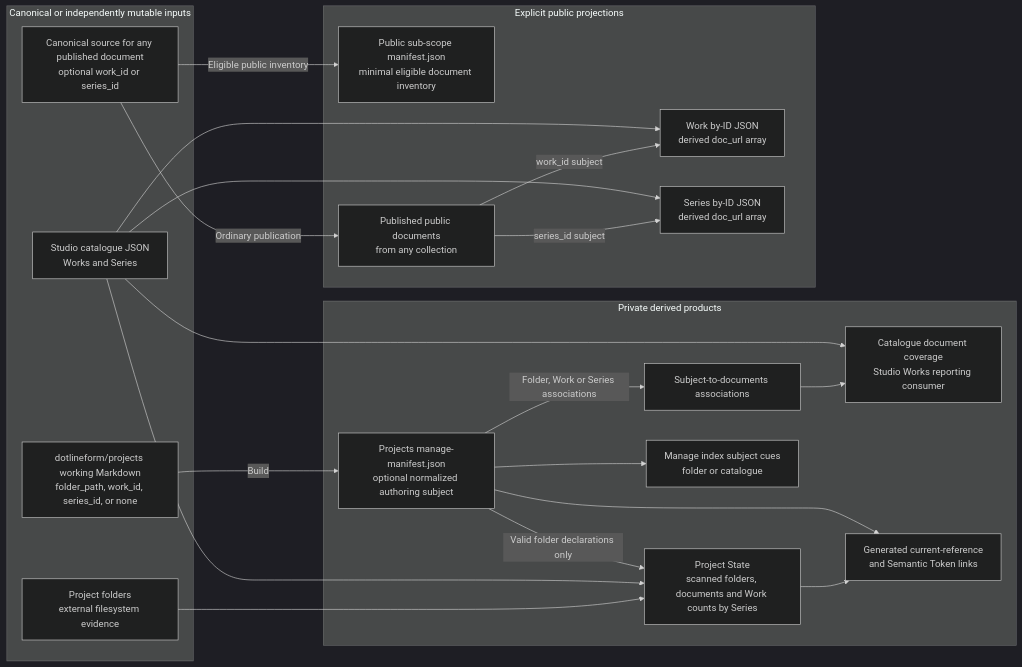
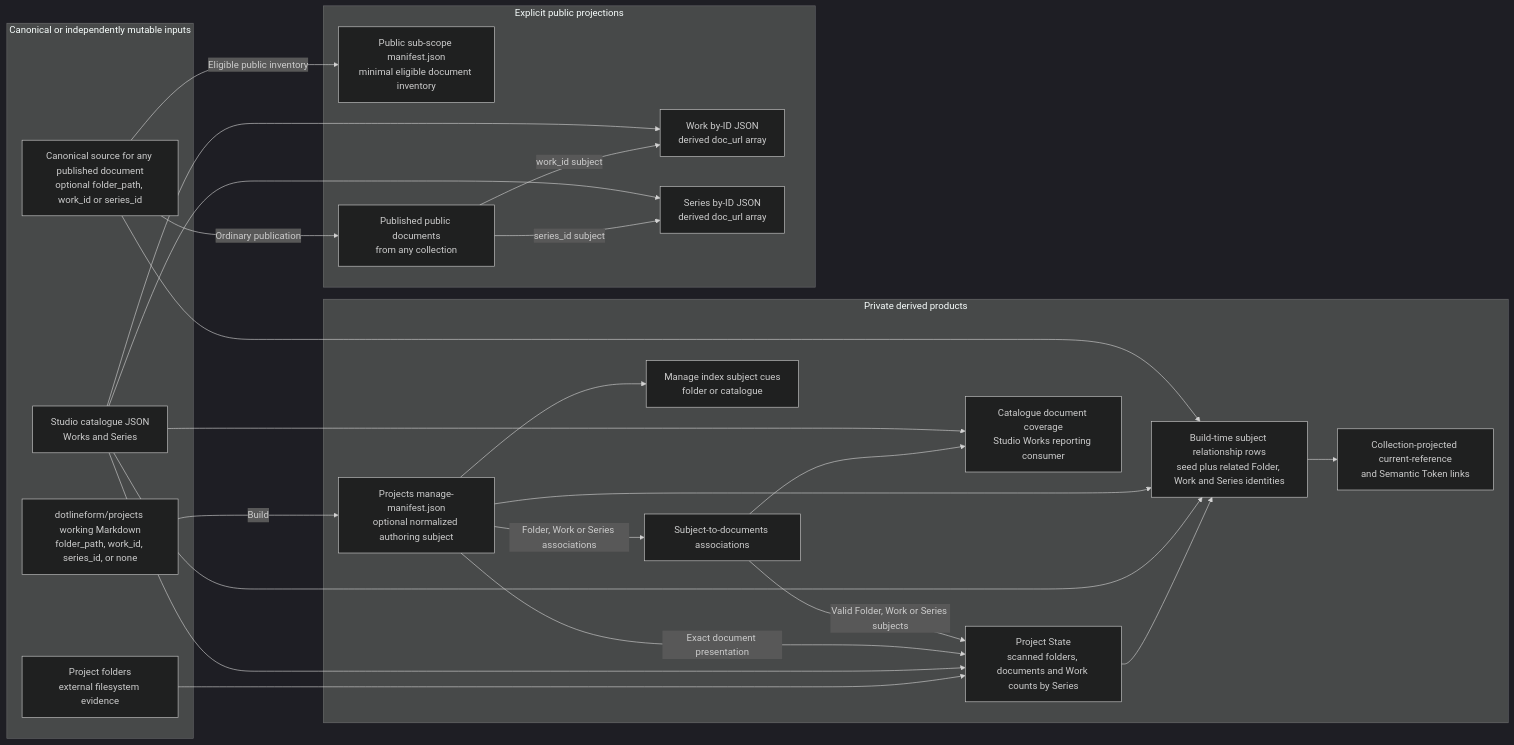
One commit to dotlineform/dotlineform-site changed the first of 2 diagrams in docs-viewer/scopes/studio/source/documents/d-20260802-194358-7717ee.md. Above: the diagram before and after it, drawn with Mermaid (dark theme). The commit also changed other lines of this file and 16 other files, not shown here.

````diff
--- a/docs-viewer/scopes/studio/source/documents/d-20260802-194358-7717ee.md
+++ b/docs-viewer/scopes/studio/source/documents/d-20260802-194358-7717ee.md
@@ -21,45 +21,50 @@
 ```mermaid
 flowchart LR
     accTitle: Sub-Scope Publishing ownership and projection map
     accDescr: Canonical document source, canonical Studio JSON, and external folder evidence feed private manifests and focused products; documents published through ordinary configured workflows enter explicit public projections.
 
     subgraph inputs["Canonical or independently mutable inputs"]
         folders["Project folders<br/>external filesystem evidence"]
         projectDocs["dotlineform/projects working Markdown<br/>folder_path, work_id, series_id, or none"]
-        publicSourceDocs["Canonical source for any published document<br/>optional work_id or series_id"]
+        publicSourceDocs["Canonical source for any published document<br/>optional folder_path, work_id or series_id"]
         catalogue["Studio catalogue JSON<br/>Works and Series"]
     end
 
     subgraph private["Private derived products"]
         projectManifest["Projects manage-manifest.json<br/>optional normalized authoring subject"]
         associations["Subject-to-documents associations"]
         projectState["Project State<br/>scanned folders, documents and Work counts by Series"]
         manageCues["Manage index subject cues<br/>folder or catalogue"]
         coverageReport["Catalogue document coverage<br/>Studio Works reporting consumer"]
-        resolved["Generated current-reference<br/>and Semantic Token links"]
+        relationshipRows["Build-time subject relationship rows<br/>seed plus related Folder, Work and Series identities"]
+        resolved["Collection-projected current-reference<br/>and Semantic Token links"]
     end
 
     subgraph public["Explicit public projections"]
         publicManifest["Public sub-scope manifest.json<br/>minimal eligible document inventory"]
         publishedDocs["Published public documents<br/>from any collection"]
         workPayload["Work by-ID JSON<br/>derived doc_url array"]
         seriesPayload["Series by-ID JSON<br/>derived doc_url array"]
     end
 
     projectDocs -->|"Build"| projectManifest
     projectManifest -->|"Folder, Work or Series associations"| associations
     folders --> projectState
     catalogue --> projectState
-    projectManifest -->|"Valid folder declarations only"| projectState
-    projectState --> resolved
+    projectManifest -->|"Exact document presentation"| projectState
+    associations -->|"Valid Folder, Work or Series subjects"| projectState
+    projectState --> relationshipRows
+    catalogue --> relationshipRows
     projectManifest --> manageCues
-    projectManifest --> resolved
+    projectManifest --> relationshipRows
+    publicSourceDocs --> relationshipRows
+    relationshipRows --> resolved
     associations --> coverageReport
     catalogue --> coverageReport
     publicSourceDocs -->|"Eligible public inventory"| publicManifest
     publicSourceDocs -->|"Ordinary publication"| publishedDocs
     publishedDocs -->|"work_id subject"| workPayload
     publishedDocs -->|"series_id subject"| seriesPayload
     catalogue --> workPayload
     catalogue --> seriesPayload
 ```
````
